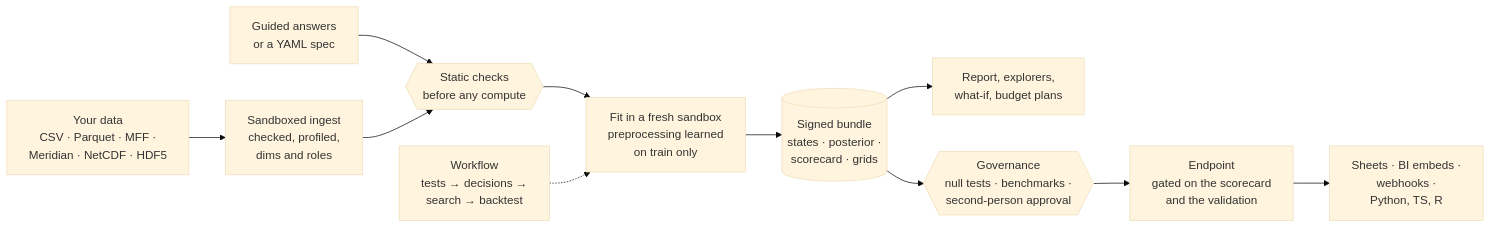
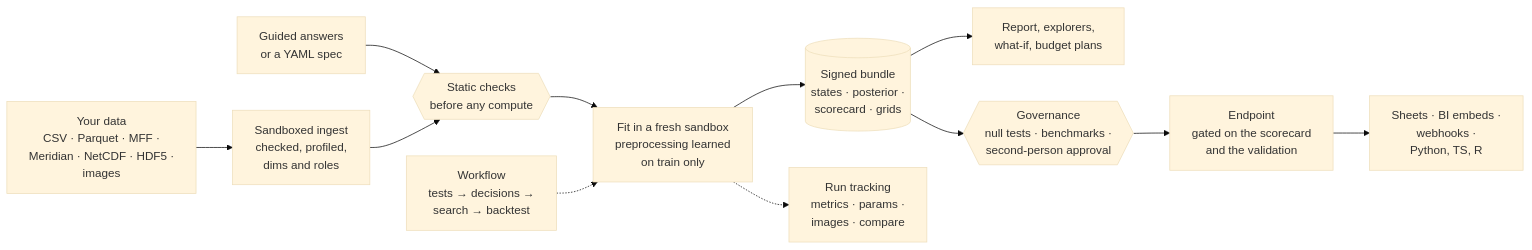
One commit to redam94/modeling-api changed the first of 2 diagrams in docs/index.md. Above: the diagram before and after it, drawn with Mermaid (base theme). The commit also changed other lines of this file and 19 other files, not shown here.

````diff
--- a/docs/index.md
+++ b/docs/index.md
@@ -114,13 +137,14 @@
 ```mermaid
 flowchart LR
-    D["Your data<br/>CSV · Parquet · MFF ·<br/>Meridian · NetCDF · HDF5"] --> I["Sandboxed ingest<br/>checked, profiled,<br/>dims and roles"]
+    D["Your data<br/>CSV · Parquet · MFF ·<br/>Meridian · NetCDF · HDF5 ·<br/>images"] --> I["Sandboxed ingest<br/>checked, profiled,<br/>dims and roles"]
     Q["Guided answers<br/>or a YAML spec"] --> V{{"Static checks<br/>before any compute"}}
     I --> V
     V --> F["Fit in a fresh sandbox<br/>preprocessing learned<br/>on train only"]
     F --> B[("Signed bundle<br/>states · posterior ·<br/>scorecard · grids")]
+    F -.-> T["Run tracking<br/>metrics · params ·<br/>images · compare"]
     W["Workflow<br/>tests → decisions →<br/>search → backtest"] -.-> F
     B --> R["Report, explorers,<br/>what-if, budget plans"]
     B --> G{{"Governance<br/>null tests · benchmarks ·<br/>second-person approval"}}
     G --> E["Endpoint<br/>gated on the scorecard<br/>and the validation"]
     E --> S["Sheets · BI embeds ·<br/>webhooks ·<br/>Python, TS, R"]
 ```
````
